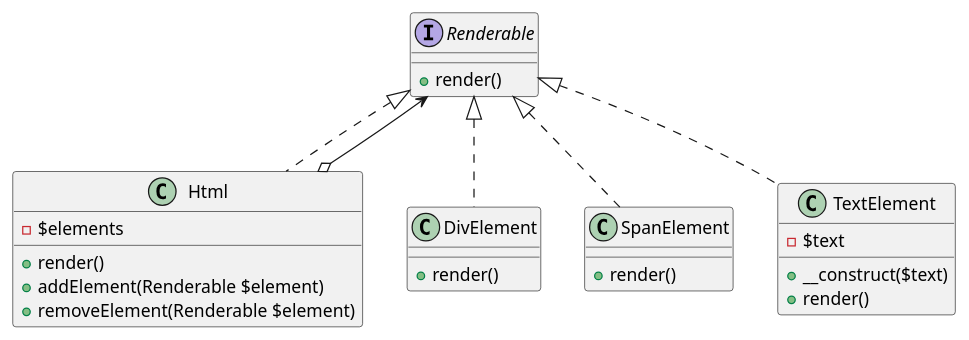
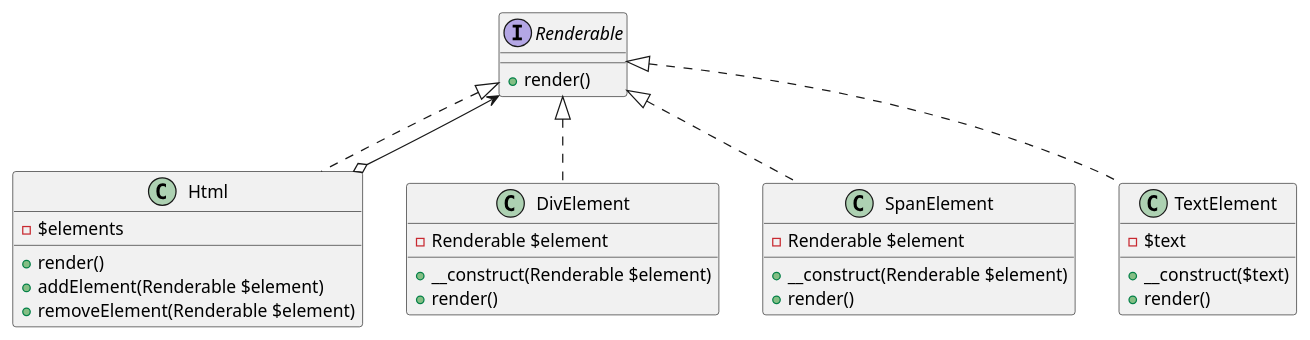
One commit to flashytime/DesignPatternsPHP changed the diagram in Structural/Composite/Composite.puml. Above: the diagram before and after it, drawn with PlantUML. The commit also changed 5 other files, not shown here.

```diff
--- a/Structural/Composite/Composite.puml
+++ b/Structural/Composite/Composite.puml
@@ -1,32 +1,36 @@
 @startuml
 interface Renderable {
     + render()
 }
 
 class Html {
     - $elements
     + render()
     + addElement(Renderable $element)
     + removeElement(Renderable $element)
 }
 
 class DivElement {
+    - Renderable $element
+    + __construct(Renderable $element)
     + render()
 }
 
 class SpanElement {
+    - Renderable $element
+    + __construct(Renderable $element)
     + render()
 }
 
 class TextElement {
     - $text
     + __construct($text)
     + render()
 }
 
 Renderable <|.. Html
 Renderable <|.. DivElement
 Renderable <|.. SpanElement
 Renderable <|.. TextElement
 Html o--> Renderable
 @enduml
```
